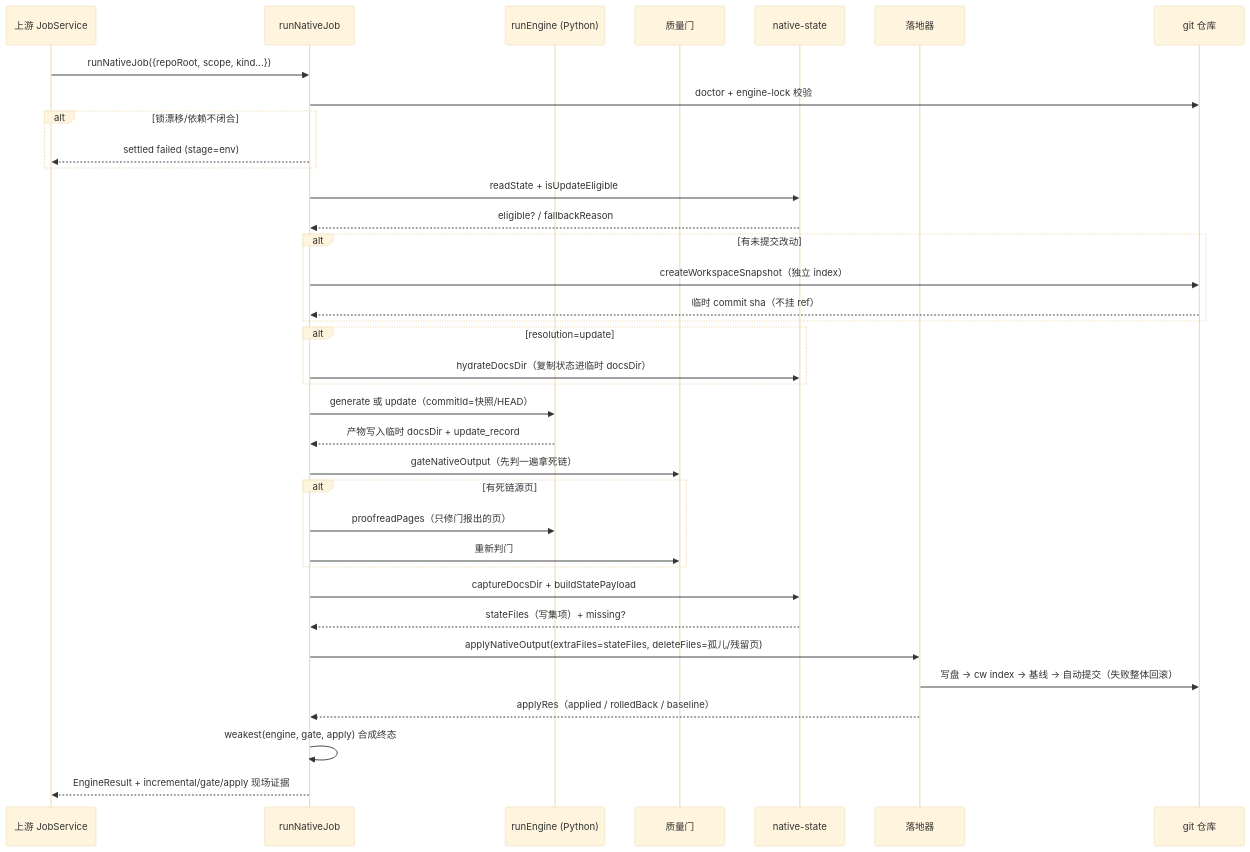
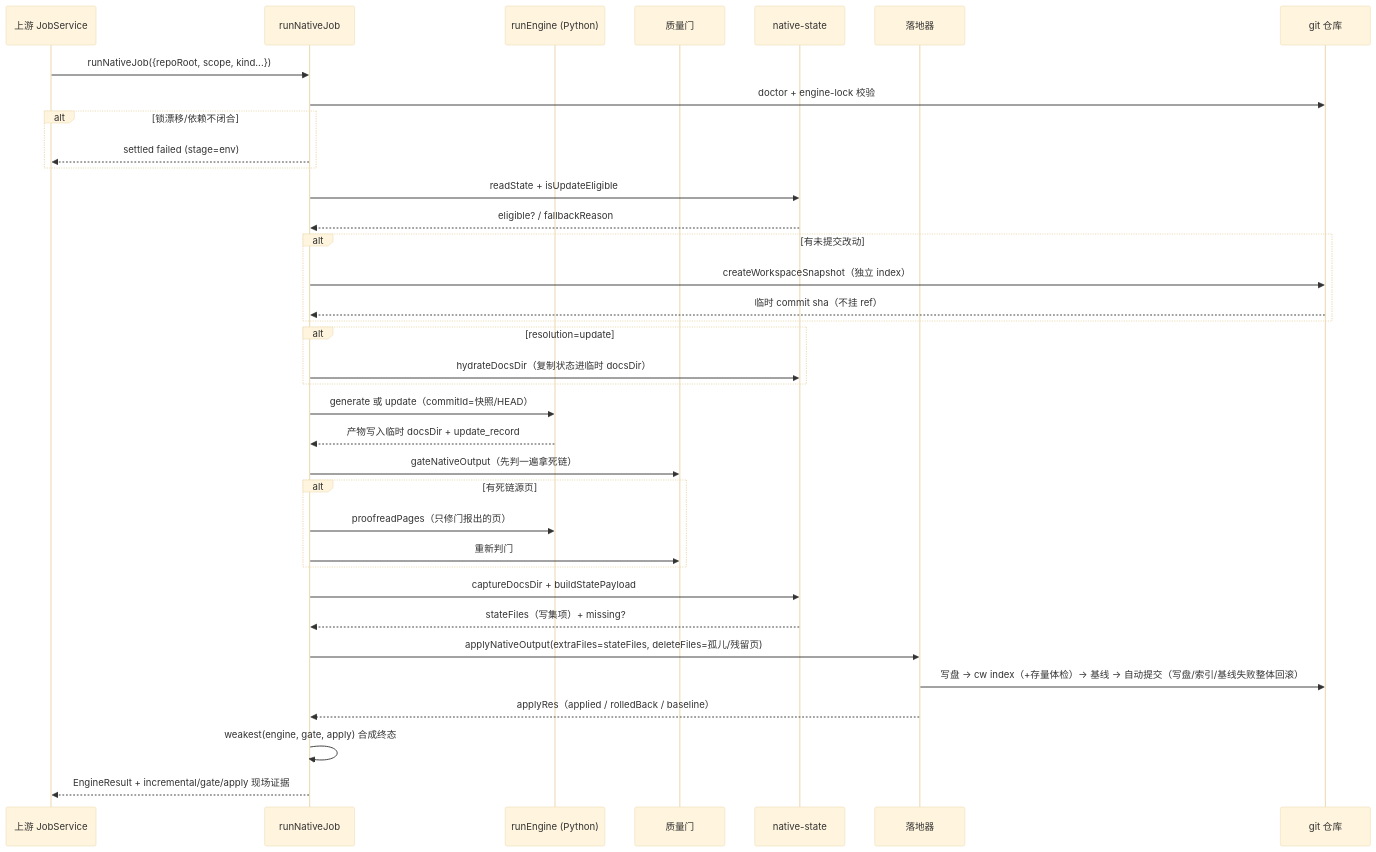
The fifth of 5 diagrams in .codewiki/_native-state/docs/native_execution_and_workspace_infrastructure.md (ikliml666/dsh-codewiki), drawn with Mermaid (base theme) before and after one commit. The commit also changed other lines of this file and 28 other files, not shown here.

````diff
--- a/.codewiki/_native-state/docs/native_execution_and_workspace_infrastructure.md
+++ b/.codewiki/_native-state/docs/native_execution_and_workspace_infrastructure.md
@@ -195,39 +195,39 @@
 ```mermaid
 sequenceDiagram
     participant Job as 上游 JobService
     participant Run as runNativeJob
     participant Eng as runEngine (Python)
     participant Gate as 质量门
     participant St as native-state
     participant Ap as 落地器
     participant Git as git 仓库
 
     Job->>Run: runNativeJob({repoRoot, scope, kind...})
     Run->>Git: doctor + engine-lock 校验
     alt 锁漂移/依赖不闭合
         Run-->>Job: settled failed (stage=env)
     end
     Run->>St: readState + isUpdateEligible
     St-->>Run: eligible? / fallbackReason
     alt 有未提交改动
         Run->>Git: createWorkspaceSnapshot（独立 index）
         Git-->>Run: 临时 commit sha（不挂 ref）
     end
     alt resolution=update
         Run->>St: hydrateDocsDir（复制状态进临时 docsDir）
     end
     Run->>Eng: generate 或 update（commitId=快照/HEAD）
     Eng-->>Run: 产物写入临时 docsDir + update_record
     Run->>Gate: gateNativeOutput（先判一遍拿死链）
     alt 有死链源页
         Run->>Eng: proofreadPages（只修门报出的页）
         Run->>Gate: 重新判门
     end
     Run->>St: captureDocsDir + buildStatePayload
     St-->>Run: stateFiles（写集项）+ missing?
     Run->>Ap: applyNativeOutput(extraFiles=stateFiles, deleteFiles=孤儿/残留页)
-    Ap->>Git: 写盘 → cw index → 基线 → 自动提交（失败整体回滚）
+    Ap->>Git: 写盘 → cw index（+存量体检）→ 基线 → 自动提交（写盘/索引/基线失败整体回滚）
     Ap-->>Run: applyRes（applied / rolledBack / baseline）
     Run->>Run: weakest(engine, gate, apply) 合成终态
     Run-->>Job: EngineResult + incremental/gate/apply 现场证据
 ```
````
